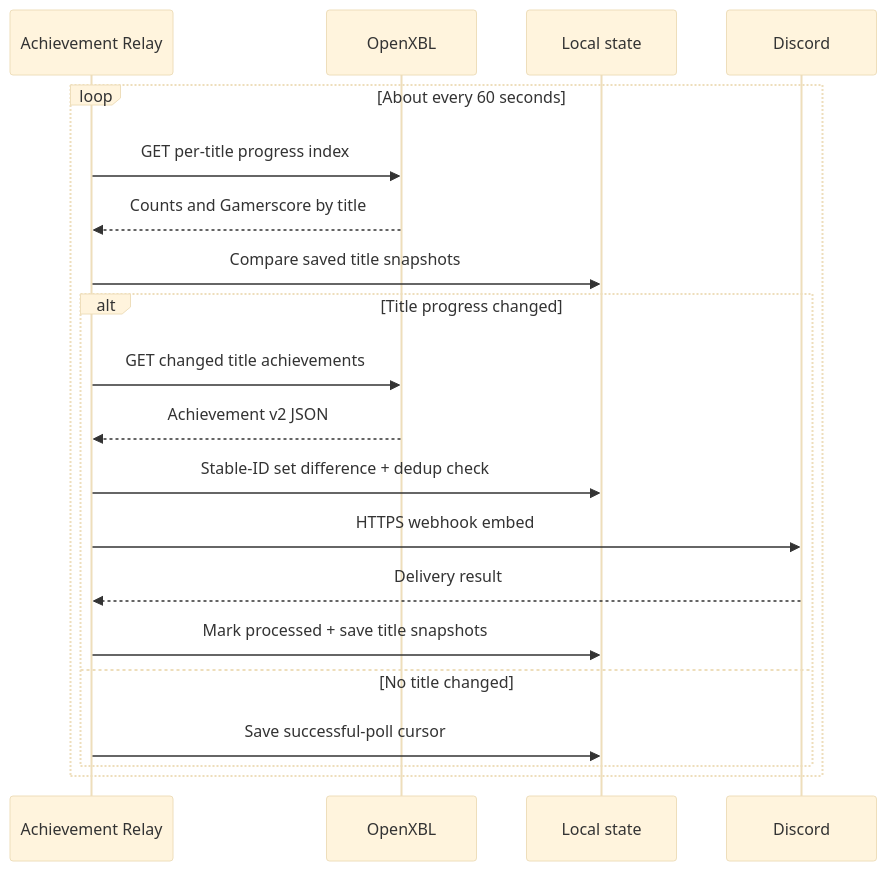
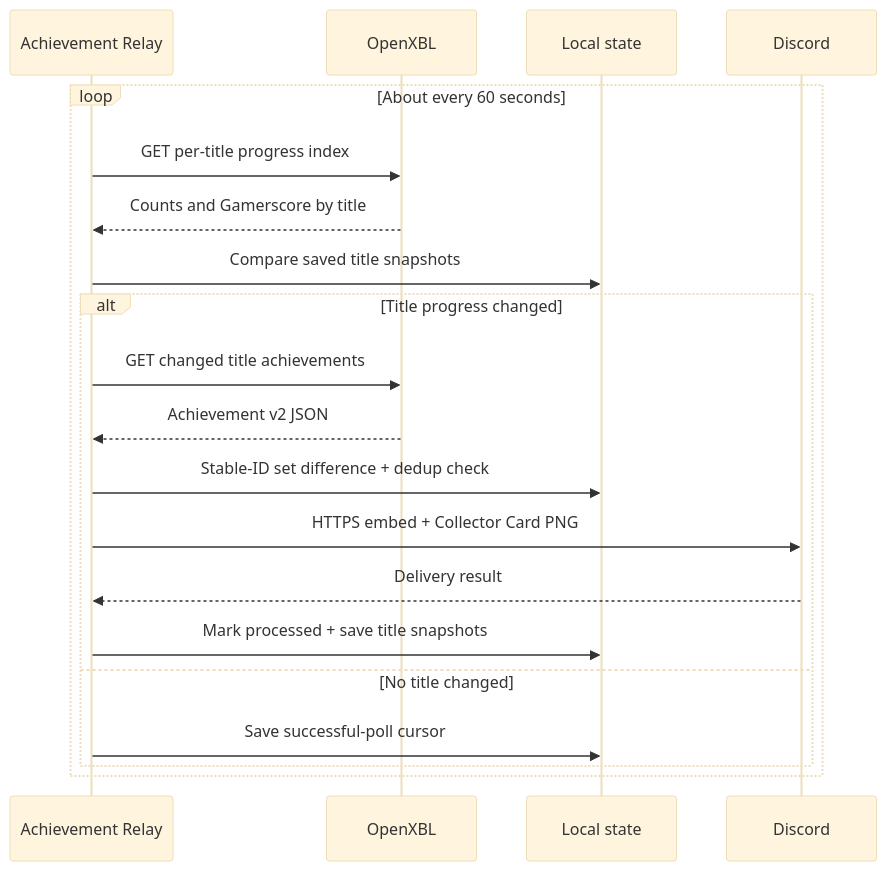
One commit to Conroy1988/Achievement-Relay changed the first of 2 diagrams in docs/ARCHITECTURE.md. Above: the diagram before and after it, drawn with Mermaid (base theme). The commit also changed other lines of this file and 50 other files, not shown here.

````diff
--- a/docs/ARCHITECTURE.md
+++ b/docs/ARCHITECTURE.md
@@ -13,22 +13,22 @@
 ```mermaid
 sequenceDiagram
     participant A as Achievement Relay
     participant X as OpenXBL
     participant L as Local state
     participant D as Discord
     loop About every 60 seconds
         A->>X: GET per-title progress index
         X-->>A: Counts and Gamerscore by title
         A->>L: Compare saved title snapshots
         alt Title progress changed
             A->>X: GET changed title achievements
             X-->>A: Achievement v2 JSON
             A->>L: Stable-ID set difference + dedup check
-            A->>D: HTTPS webhook embed
+            A->>D: HTTPS embed + Collector Card PNG
             D-->>A: Delivery result
             A->>L: Mark processed + save title snapshots
         else No title changed
             A->>L: Save successful-poll cursor
         end
     end
 ```
````
